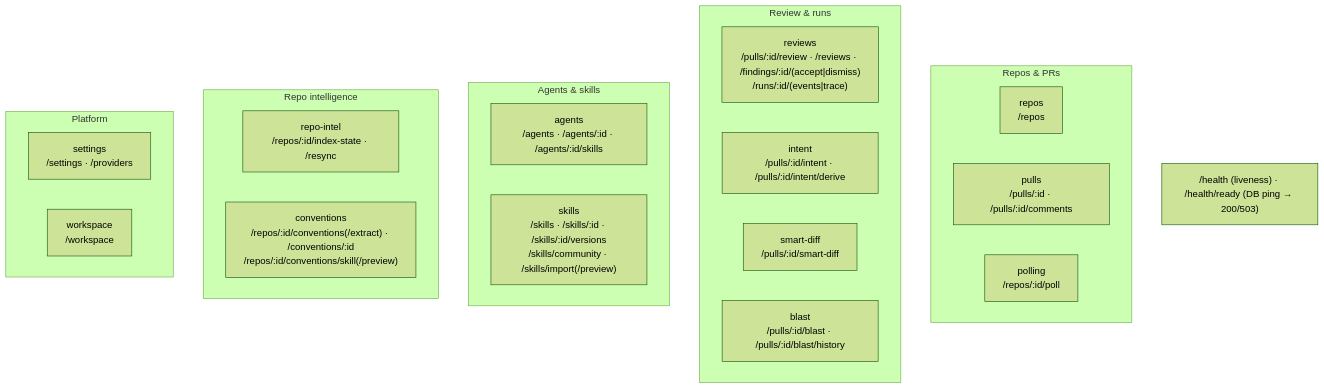
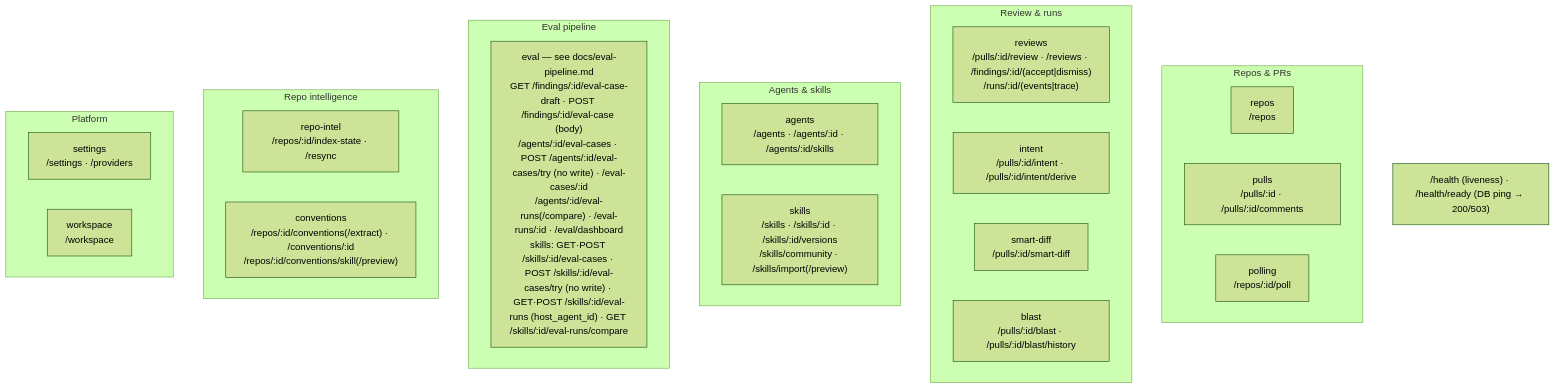
Before and after one commit to vklyovsa/dev-digest: the second of 2 diagrams in server/README.md, drawn with Mermaid (forest theme). The commit also changed 234 other files, not shown here.

````diff
--- a/server/README.md
+++ b/server/README.md
@@ -64,27 +64,30 @@
 ```mermaid
 flowchart TB
   subgraph Repos_PRs["Repos & PRs"]
     repos["repos<br/>/repos"]
     pulls["pulls<br/>/pulls/:id · /pulls/:id/comments"]
     polling["polling<br/>/repos/:id/poll"]
   end
   subgraph Review["Review & runs"]
     reviews["reviews<br/>/pulls/:id/review · /reviews · /findings/:id/(accept|dismiss)<br/>/runs/:id/(events|trace)"]
     intent["intent<br/>/pulls/:id/intent · /pulls/:id/intent/derive"]
     smartDiff["smart-diff<br/>/pulls/:id/smart-diff"]
     blast["blast<br/>/pulls/:id/blast · /pulls/:id/blast/history"]
   end
   subgraph Agents["Agents & skills"]
     agents["agents<br/>/agents · /agents/:id · /agents/:id/skills"]
     skills["skills<br/>/skills · /skills/:id · /skills/:id/versions<br/>/skills/community · /skills/import(/preview)"]
   end
+  subgraph Eval["Eval pipeline"]
+    evalMod["eval — see docs/eval-pipeline.md<br/>GET /findings/:id/eval-case-draft · POST /findings/:id/eval-case (body)<br/>/agents/:id/eval-cases · POST /agents/:id/eval-cases/try (no write) · /eval-cases/:id<br/>/agents/:id/eval-runs(/compare) · /eval-runs/:id · /eval/dashboard<br/>skills: GET·POST /skills/:id/eval-cases · POST /skills/:id/eval-cases/try (no write) · GET·POST /skills/:id/eval-runs (host_agent_id) · GET /skills/:id/eval-runs/compare"]
+  end
   subgraph Intel["Repo intelligence"]
     repoIntel["repo-intel<br/>/repos/:id/index-state · /resync"]
     conventions["conventions<br/>/repos/:id/conventions(/extract) · /conventions/:id<br/>/repos/:id/conventions/skill(/preview)"]
   end
   subgraph Platform["Platform"]
     settings["settings<br/>/settings · /providers"]
     workspace["workspace<br/>/workspace"]
   end
   HEALTH["/health (liveness) · /health/ready (DB ping → 200/503)"]
 ```
````
